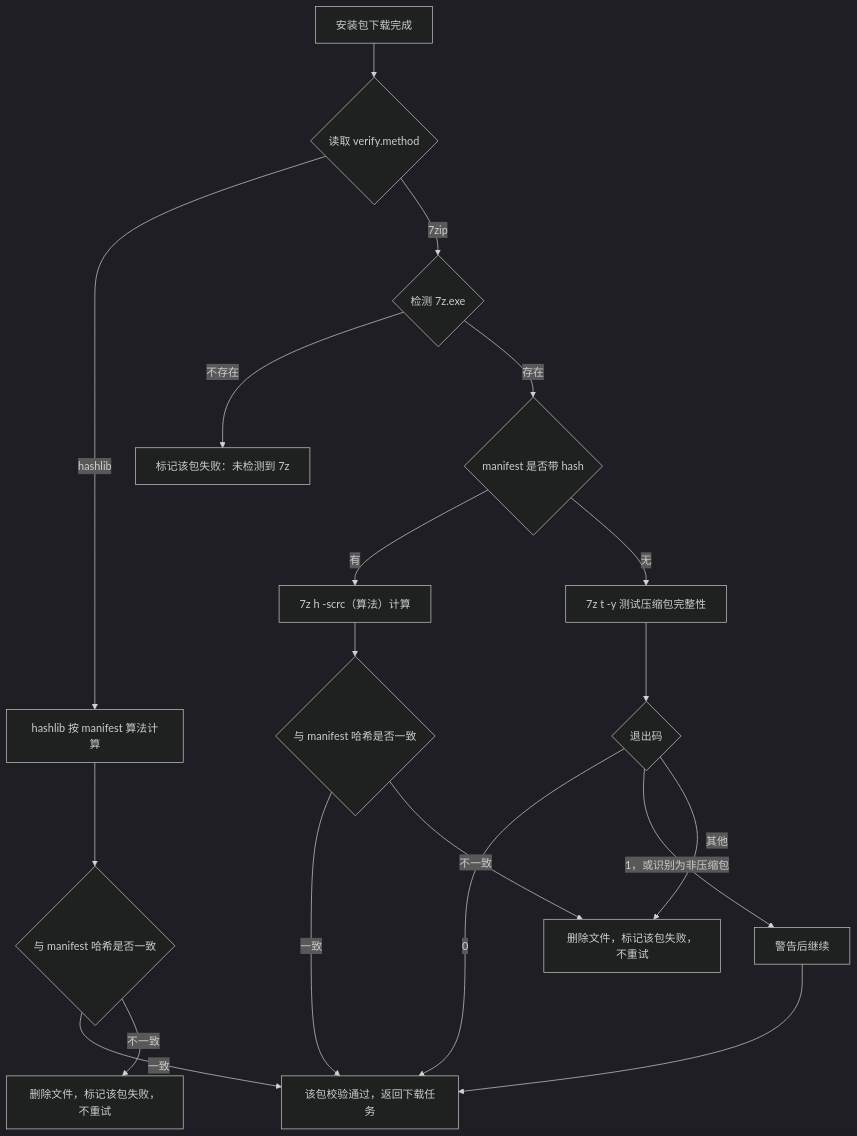
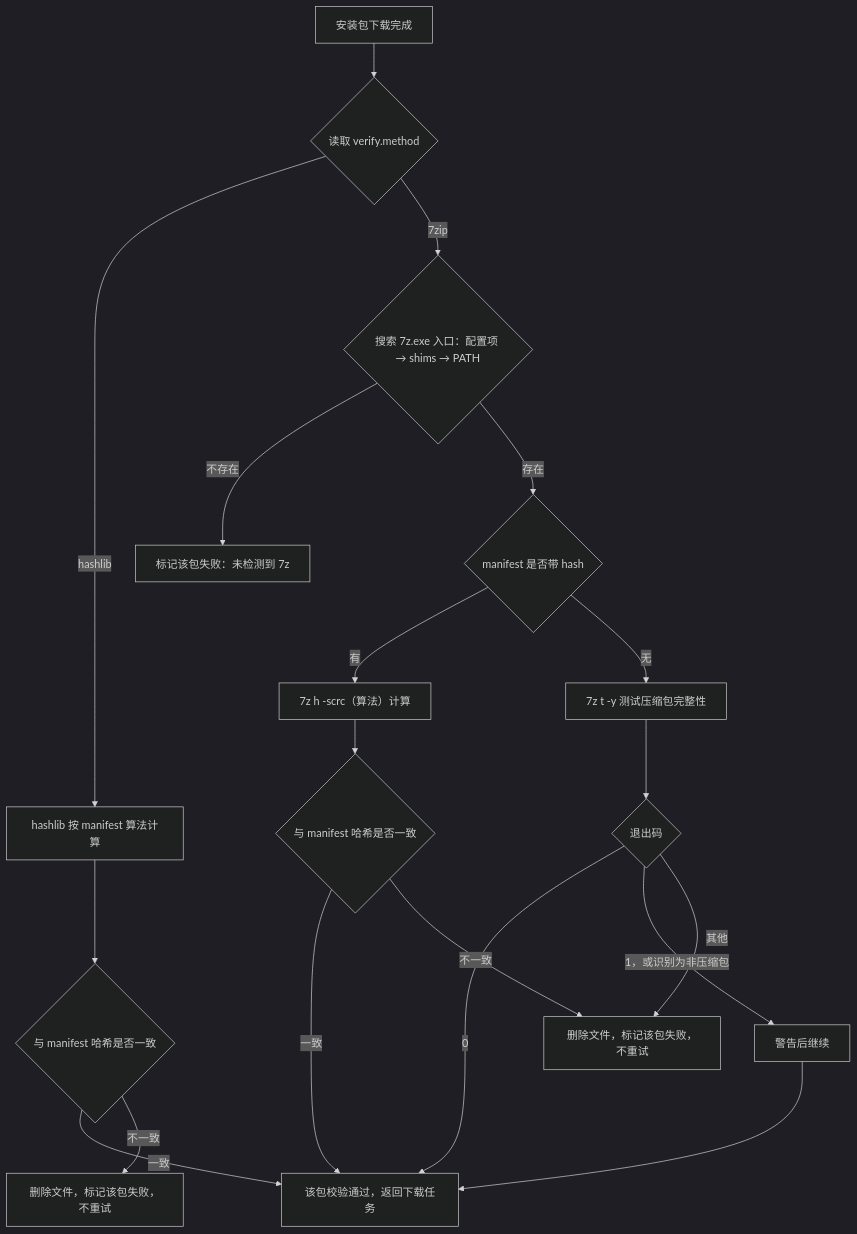
One commit to Adrts/APM changed diagram 12 of 14 in docs/design.md. Above: the diagram before and after it, drawn with Mermaid (dark theme). The commit also changed other lines of this file and 4 other files, not shown here.

````diff
--- a/docs/design.md
+++ b/docs/design.md
@@ -1092,23 +1097,23 @@
 ```mermaid
 flowchart TD
     A["安装包下载完成"] --> B{"读取 verify.method"}
 
     B -->|"hashlib"| H0["hashlib 按 manifest 算法计算"]
     H0 --> H1{"与 manifest 哈希是否一致"}
     H1 -->|"一致"| Z["该包校验通过，返回下载任务"]
     H1 -->|"不一致"| HF["删除文件，标记该包失败，不重试"]
 
-    B -->|"7zip"| S0{"检测 7z.exe"}
+    B -->|"7zip"| S0{"搜索 7z.exe 入口：配置项 → shims → PATH"}
     S0 -->|"不存在"| SE["标记该包失败：未检测到 7z"]
     S0 -->|"存在"| S1{"manifest 是否带 hash"}
     S1 -->|"有"| S2["7z h -scrc（算法）计算"]
     S2 --> S3{"与 manifest 哈希是否一致"}
     S3 -->|"一致"| Z
     S3 -->|"不一致"| SF["删除文件，标记该包失败，不重试"]
     S1 -->|"无"| S4["7z t -y 测试压缩包完整性"]
     S4 --> S5{"退出码"}
     S5 -->|"0"| Z
     S5 -->|"1，或识别为非压缩包"| S6["警告后继续"]
     S6 --> Z
     S5 -->|"其他"| SF
 ```
````
